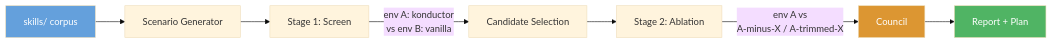
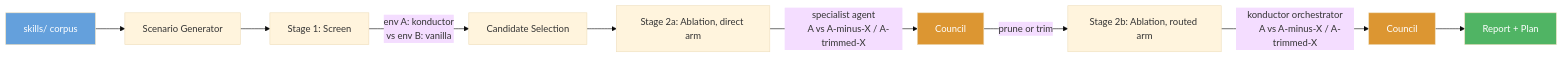
The first of 5 diagrams in .konductor/designs/benchmarking/design.md (aws-solutions/konductor), drawn with Mermaid (base theme) before and after one commit. The commit also changed other lines of this file, not shown here.

First line of the commit message:
docs(benchmarking): run ablation both direct and through konductor

````diff
--- a/.konductor/designs/benchmarking/design.md
+++ b/.konductor/designs/benchmarking/design.md
@@ -68,15 +69,19 @@
 ```mermaid
 flowchart LR
     A[skills/ corpus] --> B[Scenario Generator]
     B --> C[Stage 1: Screen]
     C -->|"env A: konductor
     vs env B: vanilla"| D[Candidate Selection]
-    D --> E[Stage 2: Ablation]
-    E -->|"env A vs
-    A-minus-X / A-trimmed-X"| F[Council]
-    F --> G[Report + Plan]
+    D --> E[Stage 2a: Ablation, direct arm]
+    E -->|"specialist agent
+    A vs A-minus-X / A-trimmed-X"| F[Council]
+    F -->|"prune or trim"| E2[Stage 2b: Ablation, routed arm]
+    E2 -->|"konductor orchestrator
+    A vs A-minus-X / A-trimmed-X"| F2[Council]
+    F2 --> G[Report + Plan]
 
     style A fill:#64a0dc,color:#fff
     style F fill:#dc9632,color:#fff
+    style F2 fill:#dc9632,color:#fff
     style G fill:#50b464,color:#fff
 ```
````
